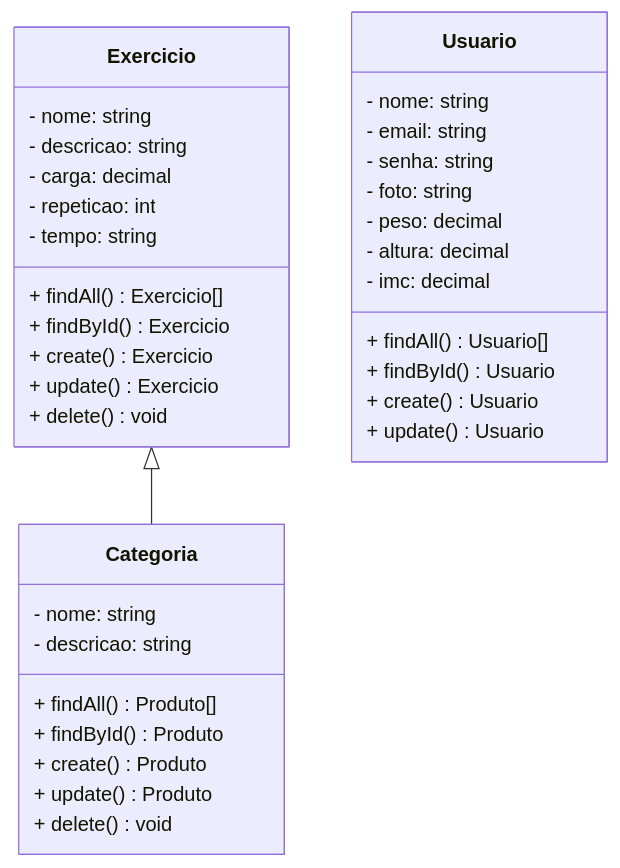
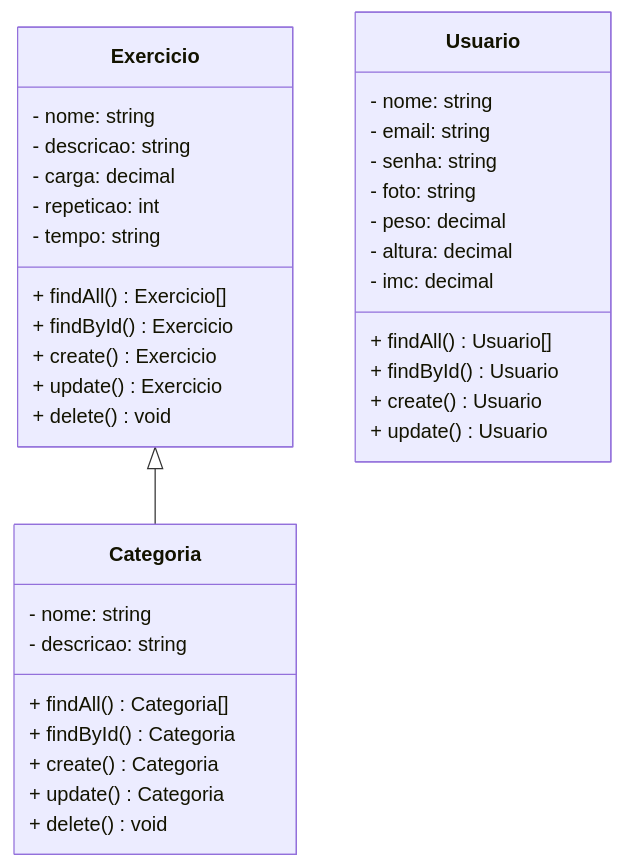
One commit to grupo-02-turma-javascript-06/fitness-backend changed the diagram in README.md. Above: the diagram before and after it, drawn with Mermaid.

Commit message:
:books: docs: Atualizado o README.md

````diff
--- a/README.md
+++ b/README.md
@@ -28,38 +28,38 @@
 ```mermaid
 classDiagram
 class Categoria {
   - nome: string
   - descricao: string
-  + findAll() Produto[]
-  + findById() Produto
-  + create() Produto
-  + update() Produto
+  + findAll() Categoria[]
+  + findById() Categoria
+  + create() Categoria
+  + update() Categoria
   + delete() void
 }
 class Exercicio {
   - nome: string
   - descricao: string
   - carga: decimal
   - repeticao: int
   - tempo: string
   + findAll() Exercicio[]
   + findById() Exercicio
   + create() Exercicio
   + update() Exercicio
   + delete() void
 }
 class Usuario {
   - nome: string
   - email: string
   - senha: string
   - foto: string
   - peso: decimal
   - altura: decimal
   - imc: decimal
   + findAll() Usuario[]
   + findById() Usuario
   + create() Usuario
   + update() Usuario
 }
 Exercicio <|-- Categoria
 ```
````
